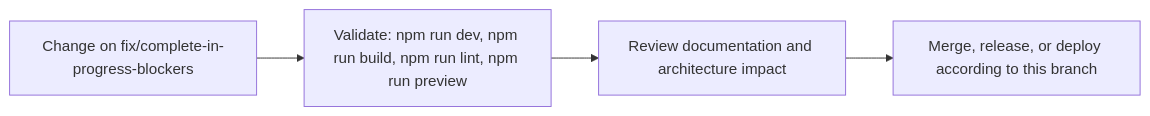
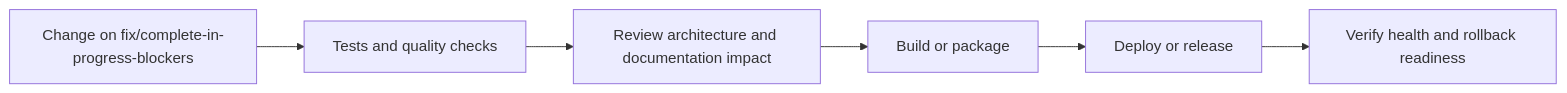
One commit to Nischhalsubba/Reeja-Maharjan-Website-2026 changed the fourth of 5 diagrams in README.md. Above: the diagram before and after it, drawn with Mermaid. The commit also changed other lines of this file, not shown here.

````diff
--- a/README.md
+++ b/README.md
@@ -81,8 +161,8 @@
 ```mermaid
 flowchart LR
-    CHANGE["Change on fix/complete-in-progress-blockers"]
-    CHECK["Validate: npm run dev, npm run build, npm run lint, npm run preview"]
-    REVIEW["Review documentation and architecture impact"]
-    RELEASE["Merge, release, or deploy according to this branch"]
-    CHANGE --> CHECK --> REVIEW --> RELEASE
+    CHANGE["Change on fix/complete-in-progress-blockers"] --> CHECK["Tests and quality checks"]
+    CHECK --> REVIEW["Review architecture and documentation impact"]
+    REVIEW --> BUILD["Build or package"]
+    BUILD --> DEPLOY["Deploy or release"]
+    DEPLOY --> VERIFY["Verify health and rollback readiness"]
 ```
````
